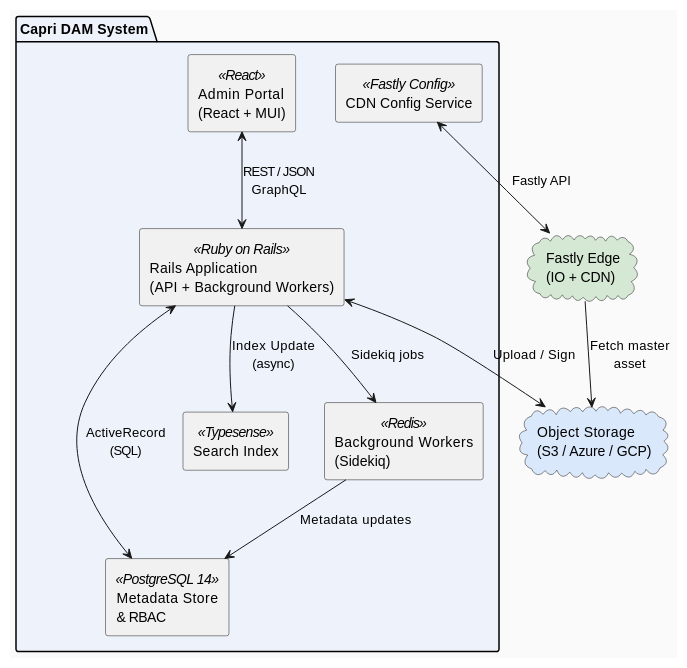
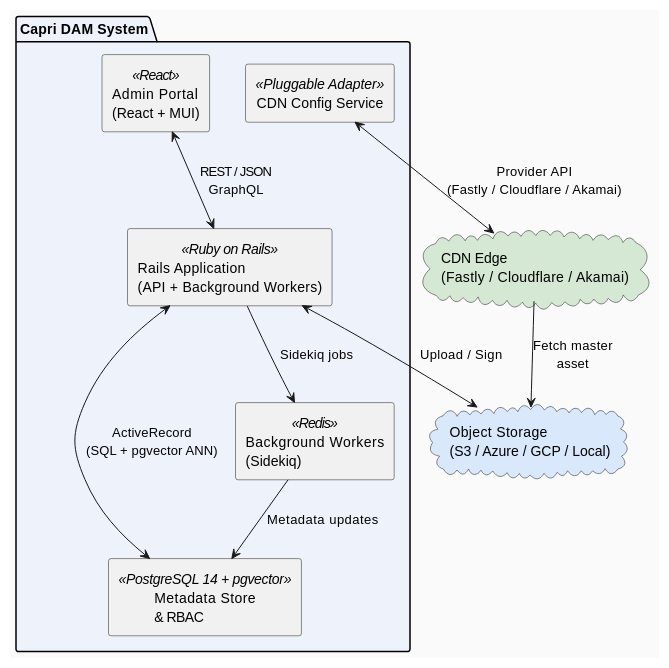
Before and after one commit to Capri-Labs/capri-dam: the first of 2 diagrams in docs/architecture/src/05_building_block_view.adoc, drawn with PlantUML. The commit also changed other lines of this file and 50 other files, not shown here.

```diff
--- a/docs/architecture/src/05_building_block_view.adoc
+++ b/docs/architecture/src/05_building_block_view.adoc
@@ -9,29 +9,27 @@
 [plantuml, target="level-1-overview", format="svg"]
 ....
 @startuml
 skinparam backgroundColor #FAFAFA
 skinparam componentStyle rectangle
 skinparam defaultFontName Helvetica
 
 package "Capri DAM System" #EEF3FB {
     component [Admin Portal\n(React + MUI)] as GUI <<React>>
     component [Rails Application\n(API + Background Workers)] as API <<Ruby on Rails>>
-    database  [Metadata Store\n& RBAC] as DB <<PostgreSQL 14>>
-    component [Search Index] as Search <<Typesense>>
+    database  [Metadata Store\n& RBAC] as DB <<PostgreSQL 14 + pgvector>>
     component [Background Workers\n(Sidekiq)] as Workers <<Redis>>
-    component [CDN Config Service] as CDN <<Fastly Config>>
+    component [CDN Config Service] as CDN <<Pluggable Adapter>>
 }
 
-cloud "Fastly Edge\n(IO + CDN)" as Fastly #D5E8D4
-cloud "Object Storage\n(S3 / Azure / GCP)" as Storage #DAE8FC
+cloud "CDN Edge\n(Fastly / Cloudflare / Akamai)" as Fastly #D5E8D4
+cloud "Object Storage\n(S3 / Azure / GCP / Local)" as Storage #DAE8FC
 
 GUI    <--> API     : REST / JSON\nGraphQL
-API    <--> DB      : ActiveRecord\n(SQL)
-API    --> Search   : Index Update\n(async)
+API    <--> DB      : ActiveRecord\n(SQL + pgvector ANN)
 API    <--> Storage : Upload / Sign
 API    --> Workers  : Sidekiq jobs
 Workers --> DB      : Metadata updates
-CDN    <--> Fastly  : Fastly API
+CDN    <--> Fastly  : Provider API\n(Fastly / Cloudflare / Akamai)
 Fastly --> Storage  : Fetch master\nasset
 @enduml
 ....
```
